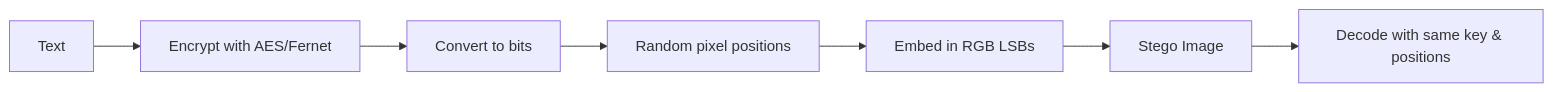
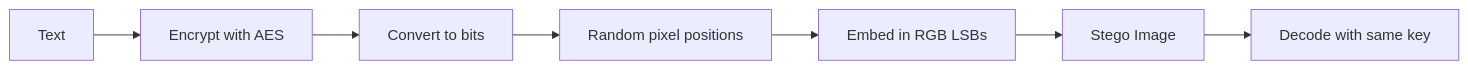
One commit to wfrefdewwss/secure-lsb-stego changed the diagram in README.md. Above: the diagram before and after it, drawn with Mermaid. The commit also changed other lines of this file, not shown here.

First line of the commit message:
Enhance README with update history and AES-256-GCM

````diff
--- a/README.md
+++ b/README.md
@@ -61,9 +89,9 @@
 ```mermaid
 graph LR
-    A[Text] --> B[Encrypt with AES/Fernet]
+    A[Text] --> B[Encrypt with AES]
     B --> C[Convert to bits]
     C --> D[Random pixel positions]
     D --> E[Embed in RGB LSBs]
     E --> F[Stego Image]
-    F --> G[Decode with same key & positions]
+    F --> G[Decode with same key]
 ```
````
